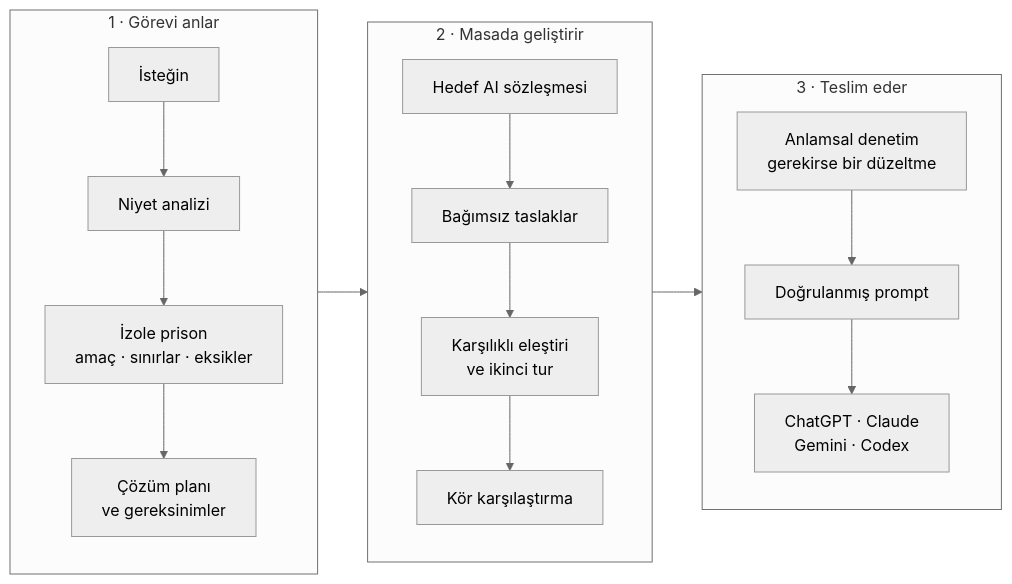
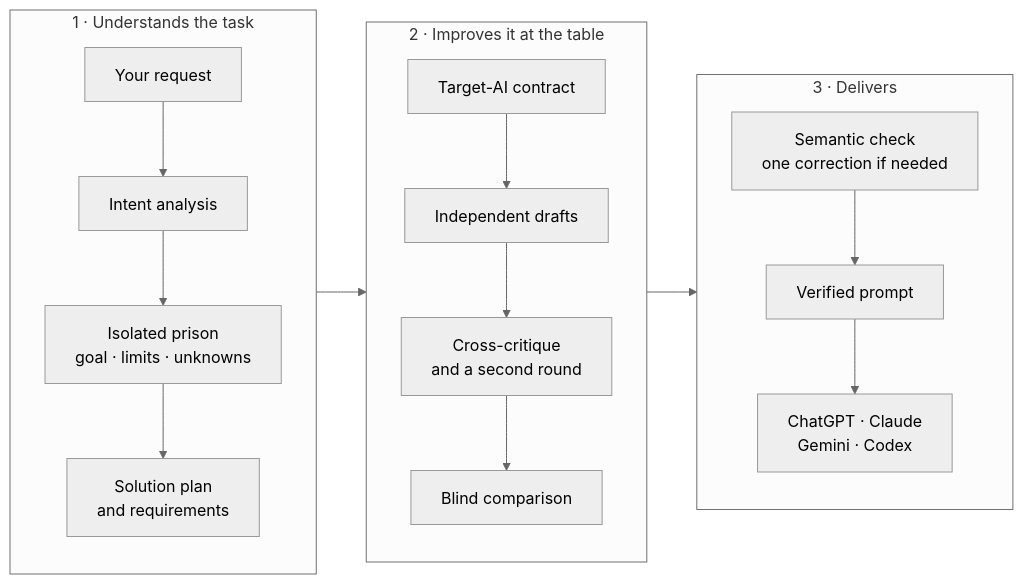
Before and after one commit to muhammetaycn/prison: the diagram in README.md, drawn with Mermaid (neutral theme). The commit also changed other lines of this file and 6 other files, not shown here.

````diff
--- a/README.md
+++ b/README.md
@@ -72,21 +77,21 @@
 ```mermaid
 flowchart LR
-  subgraph S1["1 · Görevi anlar"]
+  subgraph S1["1 · Understands the task"]
     direction TB
-    A[İsteğin] --> B[Niyet analizi]
-    B --> C["İzole prison<br/>amaç · sınırlar · eksikler"]
-    C --> D["Çözüm planı<br/>ve gereksinimler"]
+    A[Your request] --> B[Intent analysis]
+    B --> C["Isolated prison<br/>goal · limits · unknowns"]
+    C --> D["Solution plan<br/>and requirements"]
   end
-  subgraph S2["2 · Masada geliştirir"]
+  subgraph S2["2 · Improves it at the table"]
     direction TB
-    E[Hedef AI sözleşmesi] --> F[Bağımsız taslaklar]
-    F --> G["Karşılıklı eleştiri<br/>ve ikinci tur"]
-    G --> H[Kör karşılaştırma]
+    E[Target-AI contract] --> F[Independent drafts]
+    F --> G["Cross-critique<br/>and a second round"]
+    G --> H[Blind comparison]
   end
-  subgraph S3["3 · Teslim eder"]
+  subgraph S3["3 · Delivers"]
     direction TB
-    I["Anlamsal denetim<br/>gerekirse bir düzeltme"] --> J[Doğrulanmış prompt]
+    I["Semantic check<br/>one correction if needed"] --> J[Verified prompt]
     J --> K["ChatGPT · Claude<br/>Gemini · Codex"]
   end
   S1 --> S2 --> S3
 ```
````
